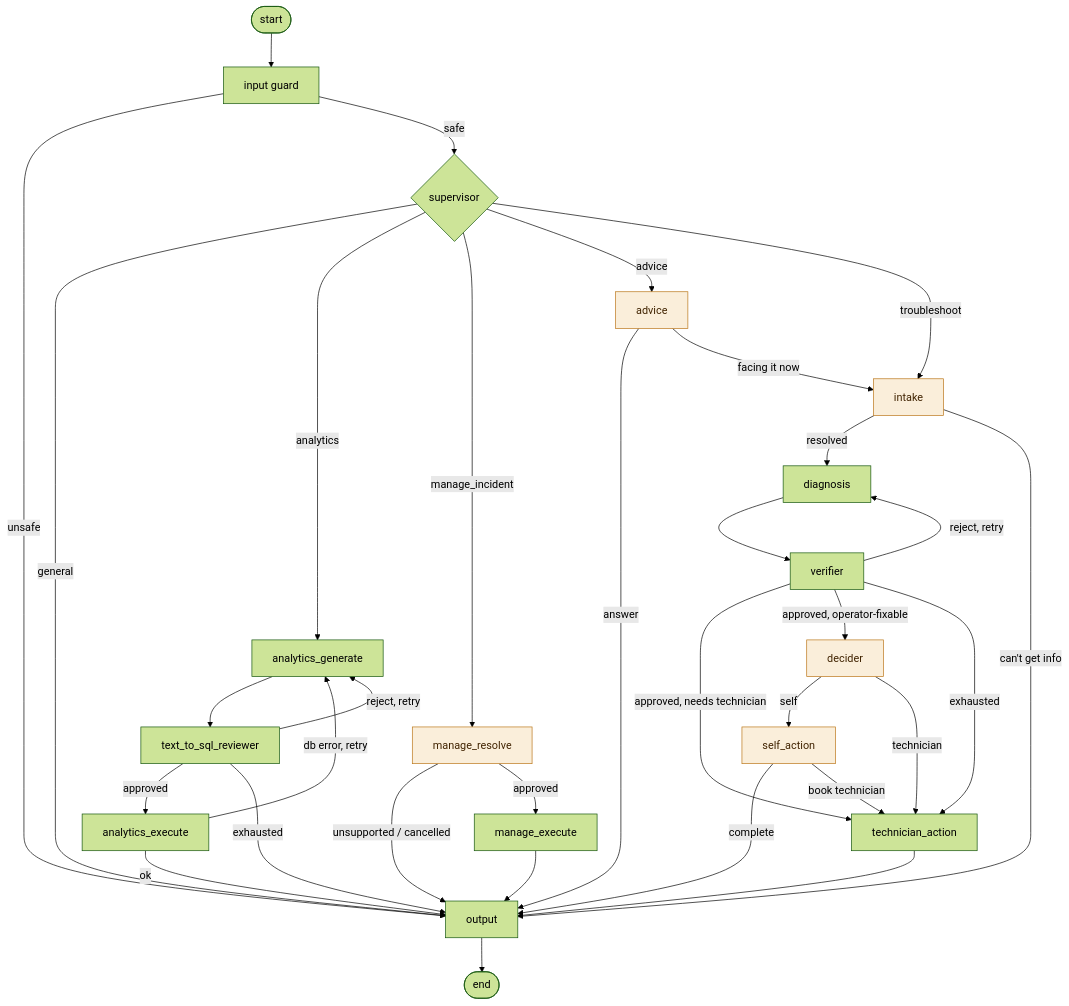
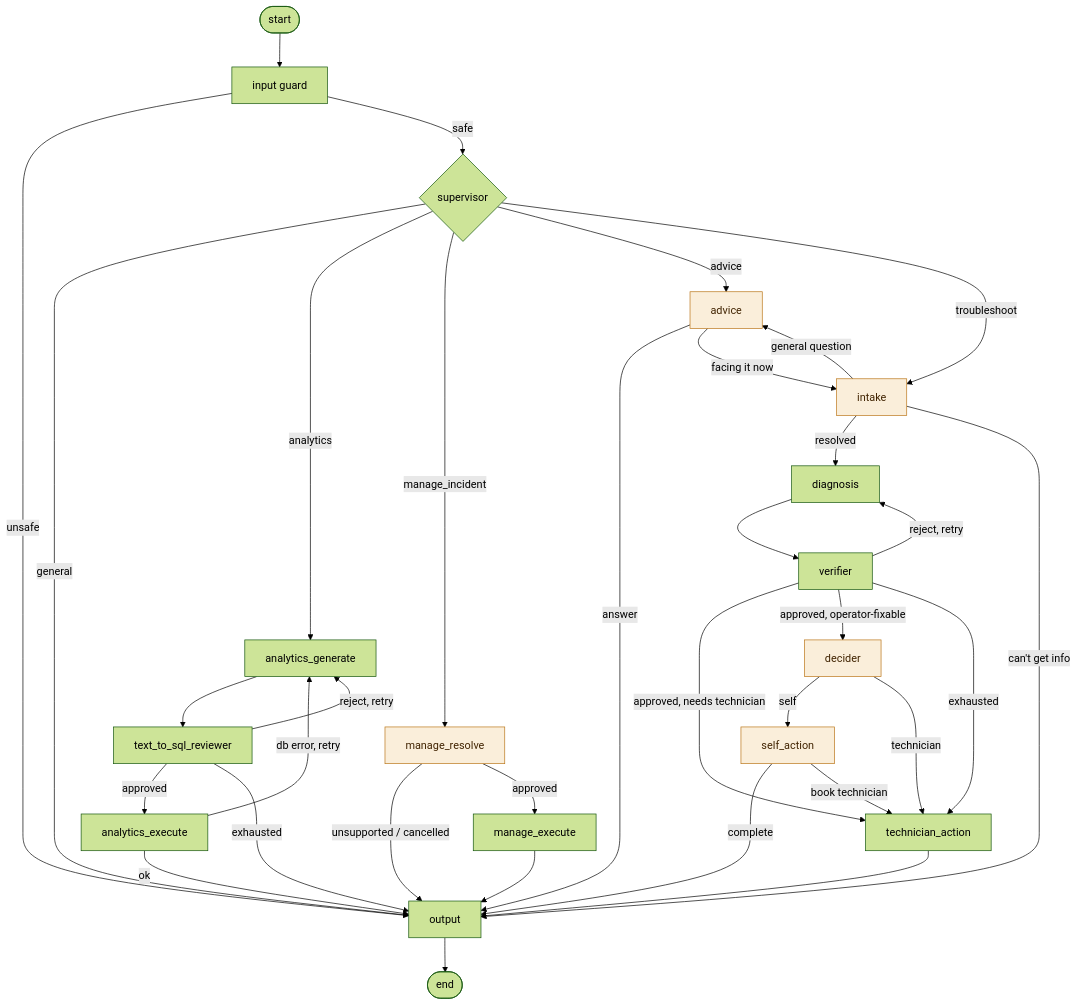
One commit to sundarram1608/RAG-powered-Multi-Agentic-Machine-Maintenance-Support changed the diagram in agents/README.md. Above: the diagram before and after it, drawn with Mermaid (forest theme). The commit also changed other lines of this file and 8 other files, not shown here.

First line of the commit message:
fix(agents): "just asking for my own knowledge" hands intake off to Advice (not quit)

````diff
--- a/agents/README.md
+++ b/agents/README.md
@@ -410,45 +410,46 @@
 ```mermaid
 flowchart TD
     START([start]) --> input[input guard]
     input -->|unsafe| output[output]
     input -->|safe| supervisor{supervisor}
 
     supervisor -->|general| output
     supervisor -->|analytics| analytics_generate[analytics_generate]
     supervisor -->|manage_incident| manage_resolve[manage_resolve]
     supervisor -->|advice| advice[advice]
     supervisor -->|troubleshoot| intake[intake]
 
     advice -->|answer| output
     advice -->|facing it now| intake
 
     analytics_generate --> text_to_sql_reviewer[text_to_sql_reviewer]
     text_to_sql_reviewer -->|approved| analytics_execute[analytics_execute]
     text_to_sql_reviewer -->|reject, retry| analytics_generate
     text_to_sql_reviewer -->|exhausted| output
     analytics_execute -->|ok| output
     analytics_execute -->|db error, retry| analytics_generate
 
     manage_resolve -->|unsupported / cancelled| output
     manage_resolve -->|approved| manage_execute[manage_execute]
     manage_execute --> output
 
     intake -->|resolved| diagnosis[diagnosis]
+    intake -->|general question| advice
     intake -->|can't get info| output
     diagnosis --> verifier[verifier]
     verifier -->|approved, needs technician| technician_action[technician_action]
     verifier -->|approved, operator-fixable| decider[decider]
     verifier -->|reject, retry| diagnosis
     verifier -->|exhausted| technician_action
 
     decider -->|self| self_action[self_action]
     decider -->|technician| technician_action
     self_action -->|complete| output
     self_action -->|book technician| technician_action
 
     technician_action --> output
     output --> DONE([end])
 
     classDef interrupt fill:#FAEEDA,stroke:#BA7517,color:#412402;
     class intake,decider,self_action,manage_resolve,advice interrupt;
 ```
````
